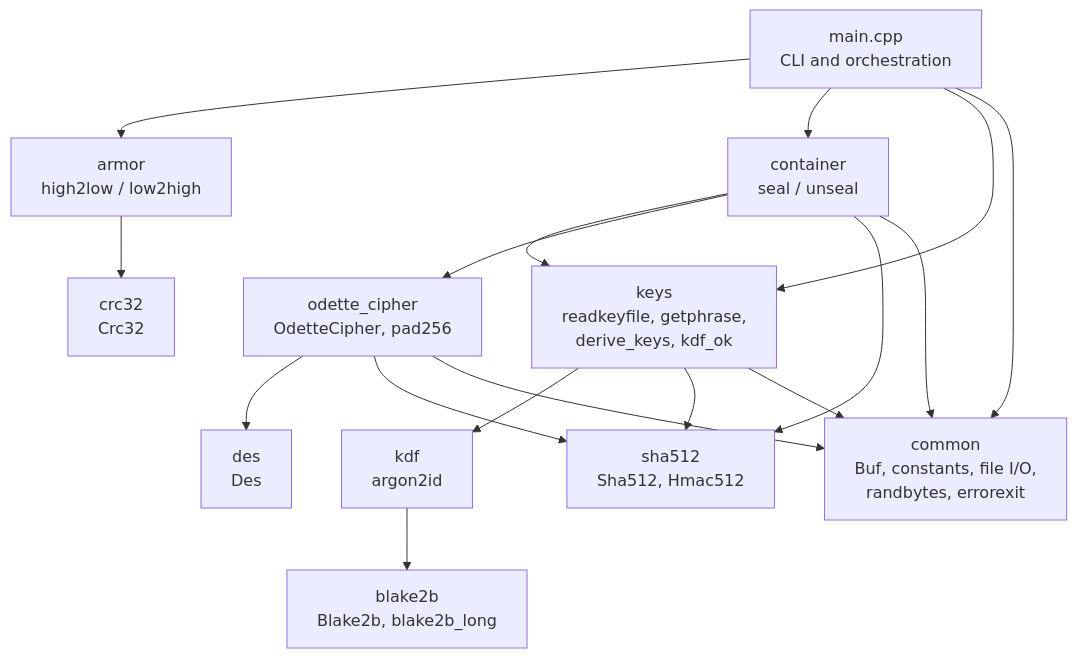
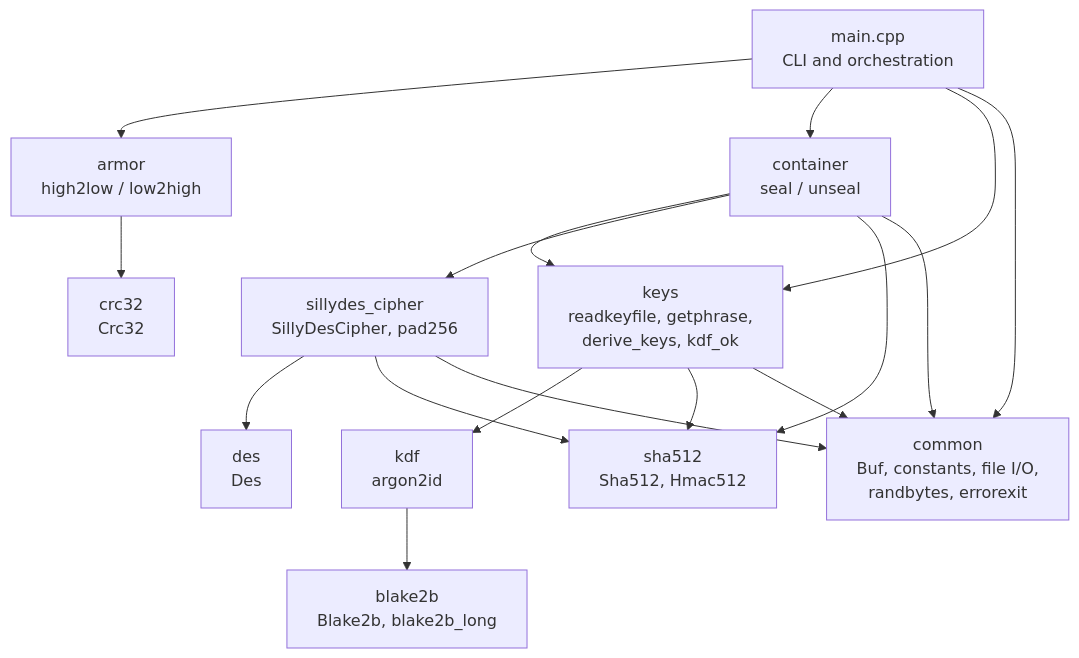
The first of 10 diagrams in STRUCTURE.md (avw1ein/sillydes), drawn with Mermaid before and after one commit. The commit also changed other lines of this file and 17 other files, not shown here.

First line of the commit message:
Rename project from Odette to SillyDES

````diff
--- a/STRUCTURE.md
+++ b/STRUCTURE.md
@@ -41,31 +41,31 @@
 ```mermaid
 flowchart TD
     main["main.cpp<br/>CLI and orchestration"]
     armor["armor<br/>high2low / low2high"]
     crc["crc32<br/>Crc32"]
     container["container<br/>seal / unseal"]
     keys["keys<br/>readkeyfile, getphrase,<br/>derive_keys, kdf_ok"]
-    cipher["odette_cipher<br/>OdetteCipher, pad256"]
+    cipher["sillydes_cipher<br/>SillyDesCipher, pad256"]
     des["des<br/>Des"]
     kdf["kdf<br/>argon2id"]
     blake2b["blake2b<br/>Blake2b, blake2b_long"]
     sha512["sha512<br/>Sha512, Hmac512"]
     common["common<br/>Buf, constants, file I/O,<br/>randbytes, errorexit"]
 
     main --> armor
     main --> container
     main --> keys
     main --> common
     armor --> crc
     container --> keys
     container --> cipher
     container --> sha512
     keys --> kdf
     keys --> sha512
     cipher --> des
     cipher --> sha512
     kdf --> blake2b
     container --> common
     cipher --> common
     keys --> common
 ```
````
